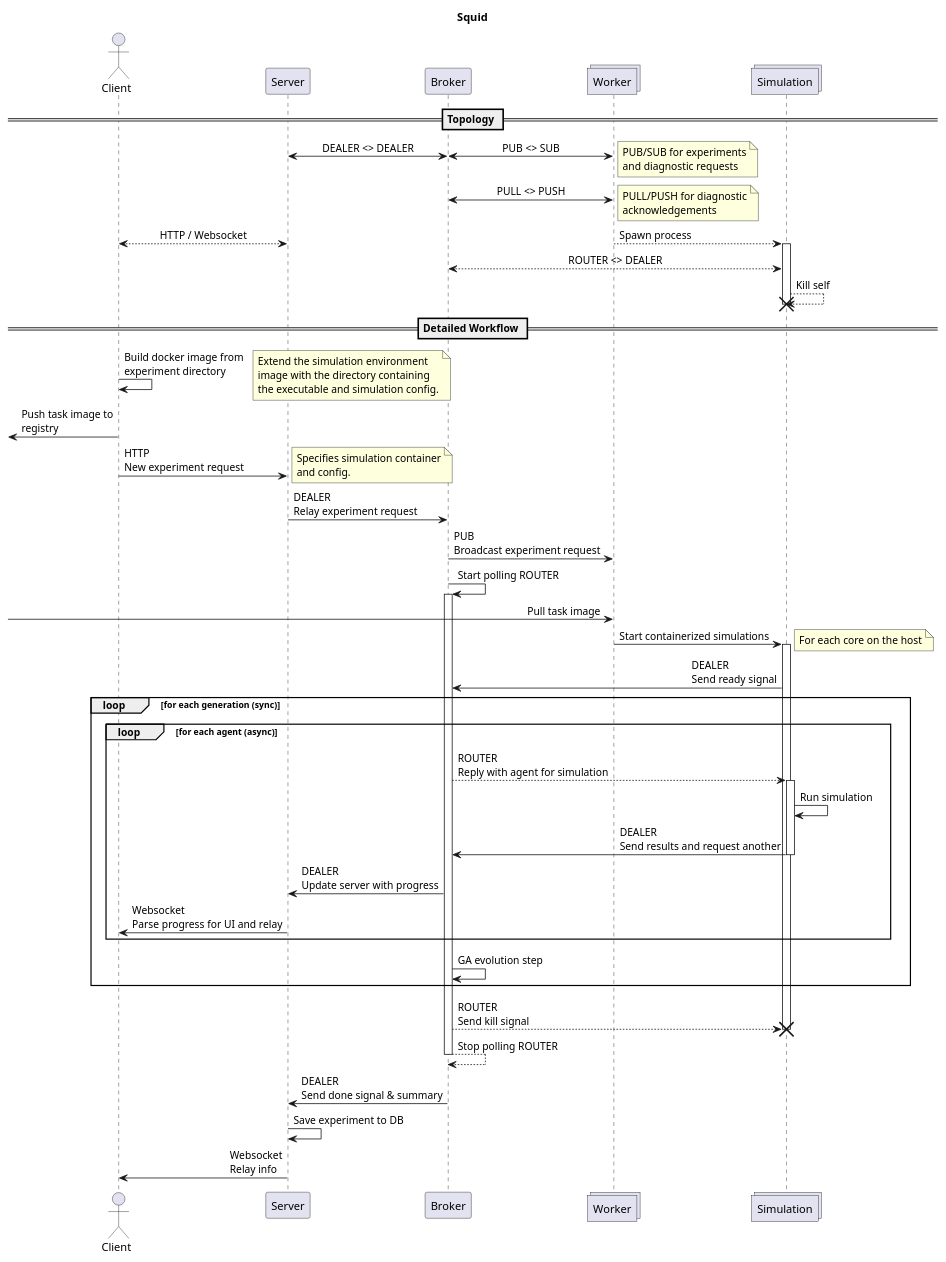
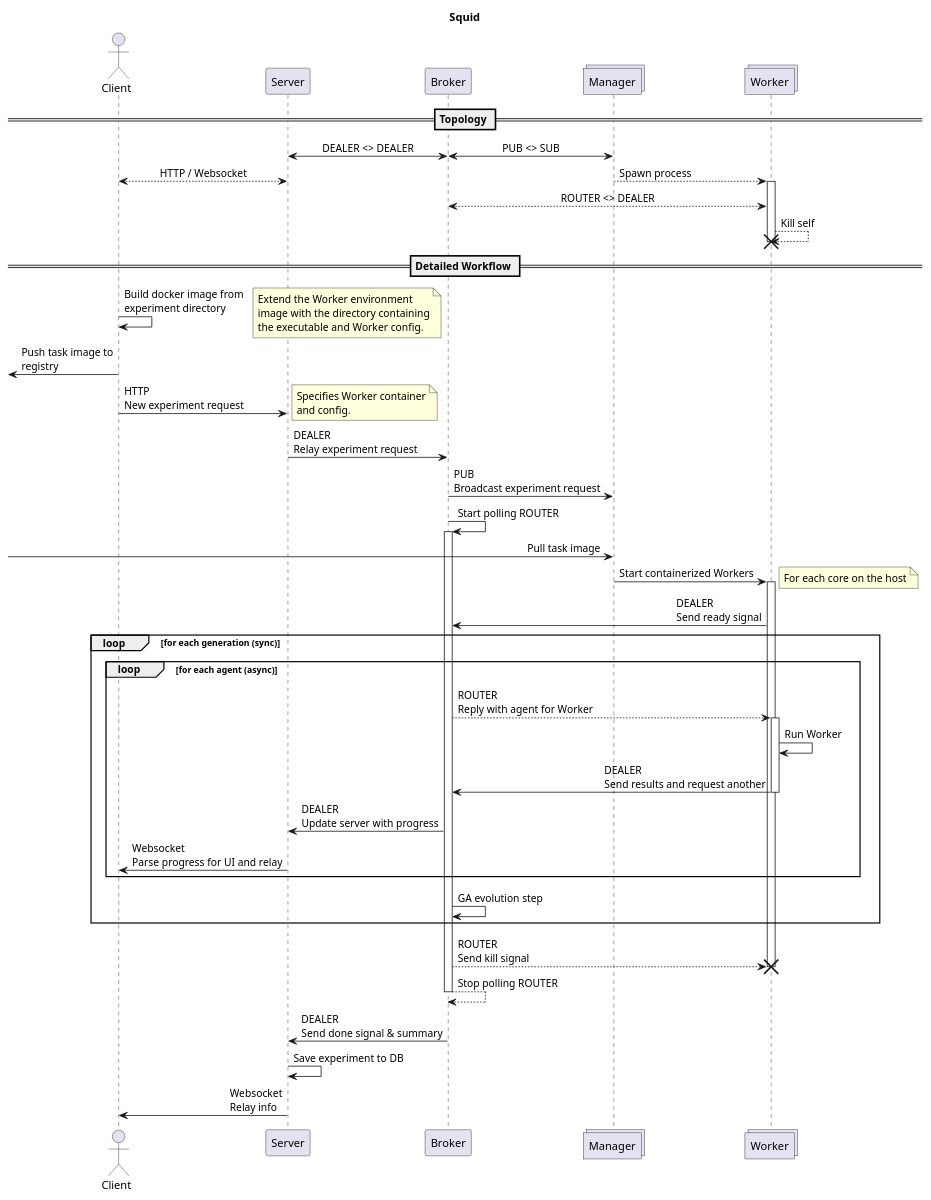
The diagram in squid.puml (benbaarber/squid), drawn with PlantUML before and after one commit. The commit also changed 19 other files, not shown here.

```diff
--- a/squid.puml
+++ b/squid.puml
@@ -1,60 +1,57 @@
 @startuml Squid
 !pragma teoz true
 skinparam SequenceMessageAlignment direction
 
 title Squid
 
 actor Client
 participant Server
 participant Broker
+collections Manager
 collections Worker
-collections Simulation
 
 == Topology ==
 Server <-> Broker: DEALER <> DEALER
-& Broker <-> Worker: PUB <> SUB
-note right: PUB/SUB for experiments\nand diagnostic requests
-Broker <-> Worker: PULL <> PUSH
-note right: PULL/PUSH for diagnostic\nacknowledgements
+& Broker <-> Manager: PUB <> SUB
 Client <--> Server: HTTP / Websocket
-& Worker --> Simulation ++ : Spawn process
-Broker <--> Simulation: ROUTER <> DEALER
-Simulation --> Simulation !! : Kill self
+& Manager --> Worker ++ : Spawn process
+Broker <--> Worker: ROUTER <> DEALER
+Worker --> Worker !! : Kill self
 
 == Detailed Workflow ==
 Client -> Client: Build docker image from\nexperiment directory
 note right
-Extend the simulation environment
+Extend the Worker environment
 image with the directory containing
-the executable and simulation config.
+the executable and Worker config.
 end note
 [<- Client: Push task image to\nregistry
 Client -> Server: HTTP\nNew experiment request
-note right: Specifies simulation container\nand config.
+note right: Specifies Worker container\nand config.
 Server -> Broker: DEALER\nRelay experiment request
 
-Broker -> Worker: PUB\nBroadcast experiment request
+Broker -> Manager: PUB\nBroadcast experiment request
 Broker -> Broker ++ : Start polling ROUTER
-[-> Worker: Pull task image
-Worker -> Simulation ++ : Start containerized simulations
+[-> Manager: Pull task image
+Manager -> Worker ++ : Start containerized Workers
 note right: For each core on the host
-Simulation -> Broker: DEALER\nSend ready signal
+Worker -> Broker: DEALER\nSend ready signal
 
 loop for each generation (sync)
   loop for each agent (async)
-    Broker --> Simulation ++ : ROUTER\nReply with agent for simulation
-    Simulation -> Simulation: Run simulation
-    Simulation -> Broker -- : DEALER\nSend results and request another
+    Broker --> Worker ++ : ROUTER\nReply with agent for Worker
+    Worker -> Worker: Run Worker
+    Worker -> Broker -- : DEALER\nSend results and request another
     Broker -> Server: DEALER\nUpdate server with progress
     Server -> Client: Websocket\nParse progress for UI and relay
   end
   Broker -> Broker: GA evolution step
 end
 
-Broker --> Simulation !! : ROUTER\nSend kill signal
+Broker --> Worker !! : ROUTER\nSend kill signal
 Broker --> Broker -- : Stop polling ROUTER
 Broker -> Server: DEALER\nSend done signal & summary
 Server -> Server: Save experiment to DB
 Server -> Client: Websocket\nRelay info
 
 @enduml
```
